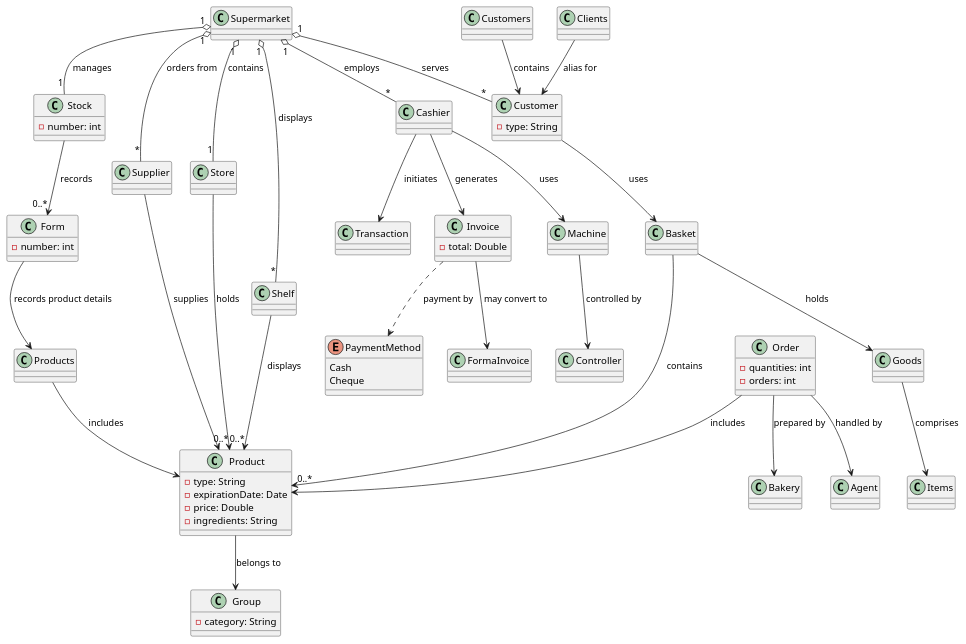
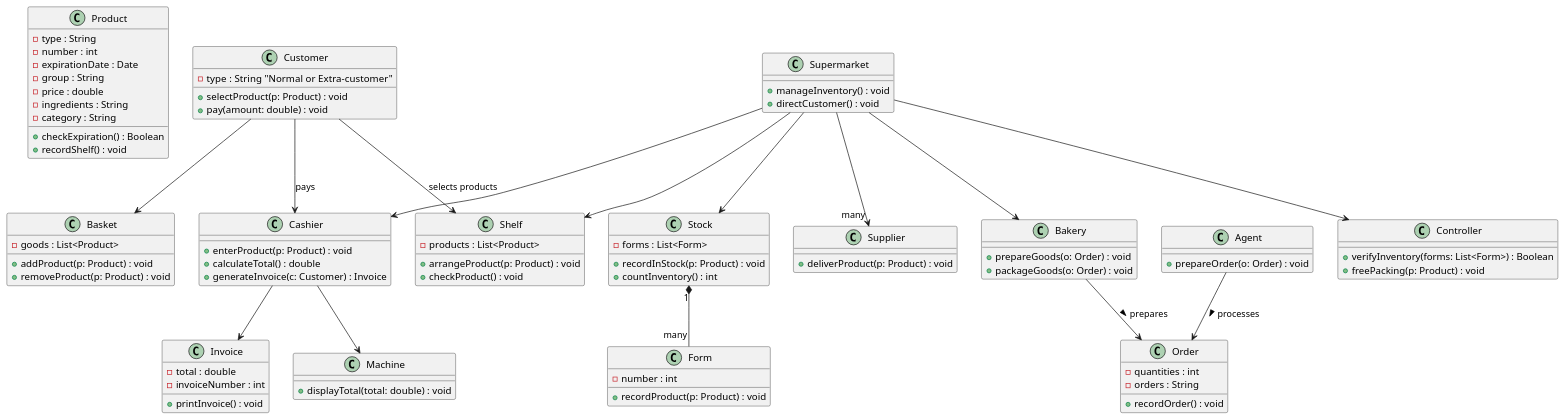
Before and after one commit to RayWP/pfsa-id: the diagram in survey/gen-r-ent-o3-mini/R7_SuperMarket_class_diagram.puml, drawn with PlantUML. The commit also changed 20 other files, not shown here.

```diff
--- a/survey/gen-r-ent-o3-mini/R7_SuperMarket_class_diagram.puml
+++ b/survey/gen-r-ent-o3-mini/R7_SuperMarket_class_diagram.puml
@@ -1,150 +1,139 @@
 @startuml
 
-' =========================
-' Classes with attributes
-' =========================
-
+'-------------------------
+' Product & Related Classes
+'-------------------------
 class Product {
-  - type: String
-  - expirationDate: Date
-  - price: Double
-  - ingredients: String
+  - type : String
+  - number : int
+  - expirationDate : Date
+  - group : String
+  - price : double
+  - ingredients : String
+  - category : String
+  + checkExpiration() : Boolean
+  + recordShelf() : void
 }
 
-class Group {
-  - category: String
+'-------------------------
+' Customer and Basket
+'-------------------------
+class Customer {
+  - type : String  "Normal or Extra-customer"
+  + selectProduct(p: Product) : void
+  + pay(amount: double) : void
+}
+
+class Basket {
+  - goods : List<Product>
+  + addProduct(p: Product) : void
+  + removeProduct(p: Product) : void
+}
+
+' Association: Customer has a Basket
+Customer --> Basket
+
+'-------------------------
+' Supermarket and Inventory
+'-------------------------
+class Supermarket {
+  + manageInventory() : void
+  + directCustomer() : void
 }
 
 class Stock {
-  - number: int
+  - forms : List<Form>
+  + recordInStock(p: Product) : void
+  + countInventory() : int
 }
 
 class Form {
-  - number: int
-}
-
-class Store {
-  ' Store may contain many products
+  - number : int
+  + recordProduct(p: Product) : void
 }
 
 class Shelf {
+  - products : List<Product>
+  + arrangeProduct(p: Product) : void
+  + checkProduct() : void
 }
 
+' Relationships: Supermarket manages Stock and Shelf
+Supermarket --> Stock
+Supermarket --> Shelf
+
+' Relationship: Stock is composed of Forms (records)
+Stock "1" *-- "many" Form
+
+'-------------------------
+' Supplier
+'-------------------------
 class Supplier {
+  + deliverProduct(p: Product) : void
 }
 
-class Supermarket {
-}
+' Supermarket works with Suppliers (one or many)
+Supermarket --> "many" Supplier
 
+'-------------------------
+' Payment: Cashier, Machine, Invoice, Controller
+'-------------------------
 class Cashier {
+  + enterProduct(p: Product) : void
+  + calculateTotal() : double
+  + generateInvoice(c: Customer) : Invoice
 }
 
 class Machine {
+  + displayTotal(total: double) : void
+}
+
+class Invoice {
+  - total : double
+  - invoiceNumber : int
+  + printInvoice() : void
 }
 
 class Controller {
+  + verifyInventory(forms: List<Form>) : Boolean
+  + freePacking(p: Product) : void
 }
 
-class Transaction {
-}
+' Relationships for payment process
+Supermarket --> Cashier
+Cashier --> Machine
+Cashier --> Invoice
+Supermarket --> Controller
 
-class Customer {
-  - type: String
-}
-
-class Invoice {
-  - total: Double
-}
-
+'-------------------------
+' Order and Bakery Process
+'-------------------------
 class Order {
-  - quantities: int
-  - orders: int
+  - quantities : int
+  - orders : String
+  + recordOrder() : void
 }
 
 class Bakery {
+  + prepareGoods(o: Order) : void
+  + packageGoods(o: Order) : void
 }
 
 class Agent {
+  + prepareOrder(o: Order) : void
 }
 
-class Basket {
-}
+' Relationships: Bakery and Agent handle Orders
+Supermarket --> Bakery
+Bakery --> Order : prepares >
+Agent --> Order : processes >
 
-' Extra classes from list (aliases/collections)
-class Clients
-class Customers
-class Products
-class Goods
-class Items
-class FormaInvoice
-
-' =========================
-' Associations and Relationships
-' =========================
-
-' A product belongs to a product group
-Product --> Group : belongs to
-
-' A supermarket has one store and one stock, many shelves, many suppliers, many cashiers, and many customers
-Supermarket "1" o-- "1" Store : contains
-Supermarket "1" o-- "1" Stock : manages
-Supermarket "1" o-- "*" Shelf : displays
-Supermarket "1" o-- "*" Supplier : orders from
-Supermarket "1" o-- "*" Cashier : employs
-Supermarket "1" o-- "*" Customer : serves
-
-' A store contains many products (aggregated as Products)
-Store --> "0..*" Product : holds
-
-' Stock records products via forms (physical records)
-Stock --> "0..*" Form : records
-
-' Shelf holds products
-Shelf --> "0..*" Product : displays
-
-' When products arrive from supplier, they are recorded in stock and stored in store/shelf
-Supplier --> Product : supplies
-
-' Cashier approaches transaction through machine and controller
-Cashier --> Machine : uses
-Machine --> Controller : controlled by
-Cashier --> Transaction : initiates
-
-' During purchase, customer uses a basket to collect goods (items)
-Customer --> Basket : uses
-Basket --> "0..*" Product : contains
-Basket --> Goods : holds
-Goods --> Items : comprises
-
-' At checkout, cashier produces an invoice (and optionally a forma invoice)
-Cashier --> Invoice : generates
-Invoice --> FormaInvoice : may convert to
-
-' Payment methods are handled as attribute of invoice (payment by cash or cheque)
-' (Note: PaymentMethod is modeled as an enum)
-enum PaymentMethod {
-  Cash
-  Cheque
-}
-Invoice ..> PaymentMethod : payment by
-
-' An order is prepared by the bakery department via an agent
-Order --> Bakery : prepared by
-Order --> Agent : handled by
-Order --> Product : includes
-
-' Customers collection classes (Customers, Clients) to represent groups of customer objects
-Customers --> Customer : contains
-Clients --> Customer : alias for
-
-' Extra Entities from provided list
-' Products as a collection of Product
-Products --> Product : includes
-' Forms as a set of Form records
-Form --> Products : records product details
-
-' =========================
-' End of diagram
-' =========================
+'-------------------------
+' Customer Shopping Process
+'-------------------------
+' Customer selects goods (from Shelf) using a Basket.
+Customer --> Shelf : selects products
+' After selection, customer goes to cashier for payment.
+Customer --> Cashier : pays
 
 @enduml
```
